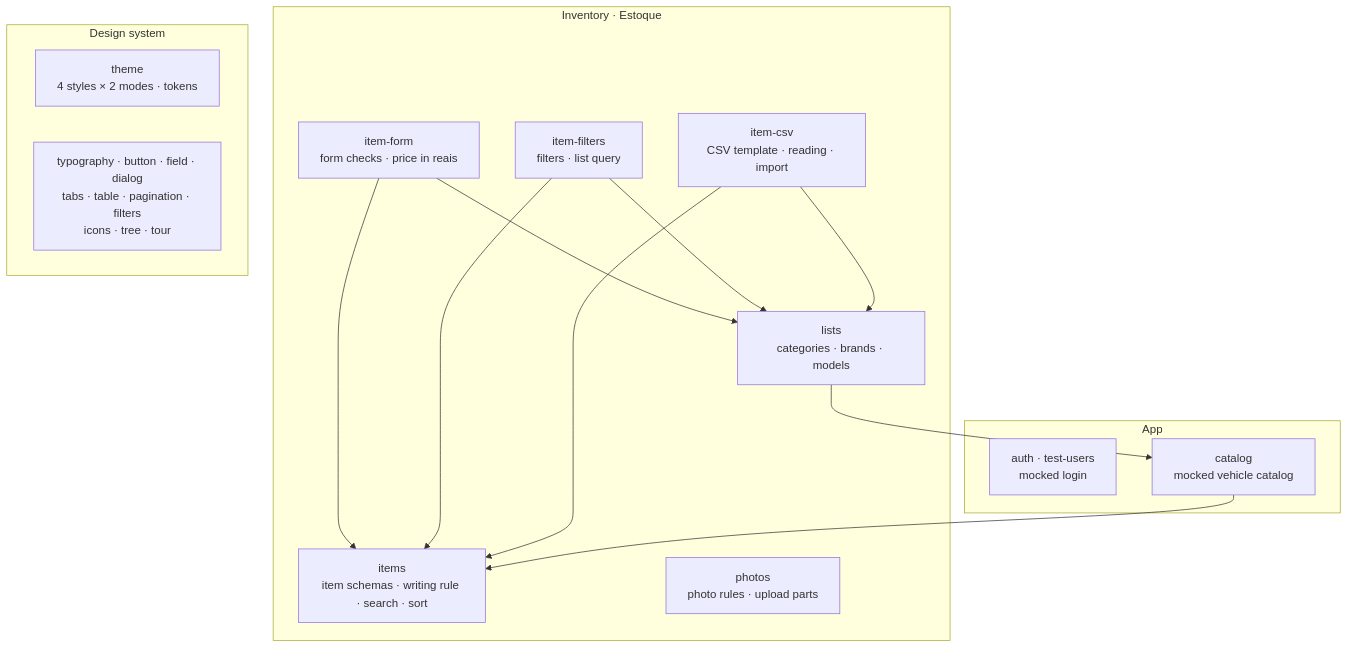
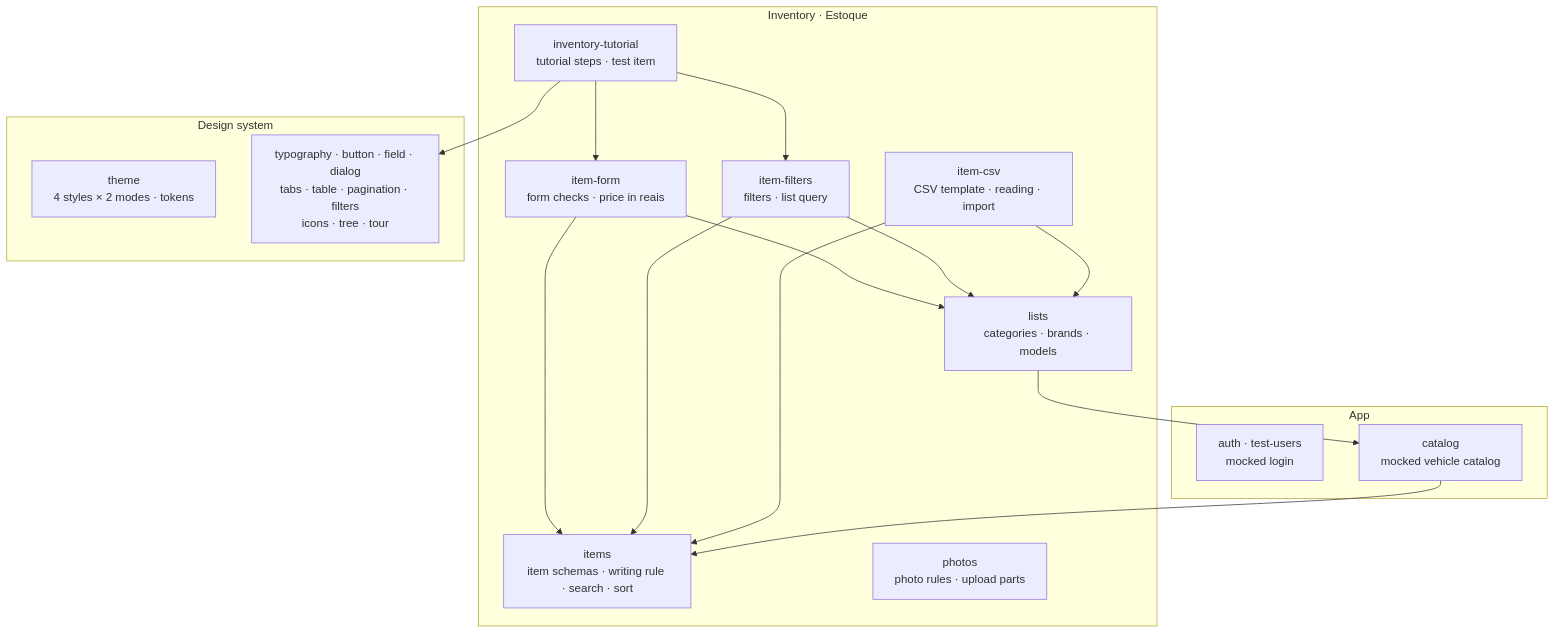
The second of 3 diagrams in docs/architecture.md (ChrisCamilo/apc-universal-repair), drawn with Mermaid before and after one commit.

Commit message:
docs: Add the Inventory tutorial module to the architecture overview

````diff
--- a/docs/architecture.md
+++ b/docs/architecture.md
@@ -41,27 +41,31 @@
 ```mermaid
 flowchart TB
     subgraph inventory["Inventory · Estoque"]
         items["items<br/>item schemas · writing rule · search · sort"]
         itemForm["item-form<br/>form checks · price in reais"]
         itemFilters["item-filters<br/>filters · list query"]
         itemCsv["item-csv<br/>CSV template · reading · import"]
         lists["lists<br/>categories · brands · models"]
         photos["photos<br/>photo rules · upload parts"]
+        tutorial["inventory-tutorial<br/>tutorial steps · test item"]
     end
     subgraph ui["Design system"]
         theme["theme<br/>4 styles × 2 modes · tokens"]
         rest["typography · button · field · dialog<br/>tabs · table · pagination · filters<br/>icons · tree · tour"]
     end
     subgraph other["App"]
         auth["auth · test-users<br/>mocked login"]
         catalog["catalog<br/>mocked vehicle catalog"]
     end
     itemForm --> items
     itemFilters --> items
     itemCsv --> items
     itemForm --> lists
     itemFilters --> lists
     itemCsv --> lists
     lists --> catalog
     catalog --> items
+    tutorial --> itemForm
+    tutorial --> itemFilters
+    tutorial --> rest
 ```
````
